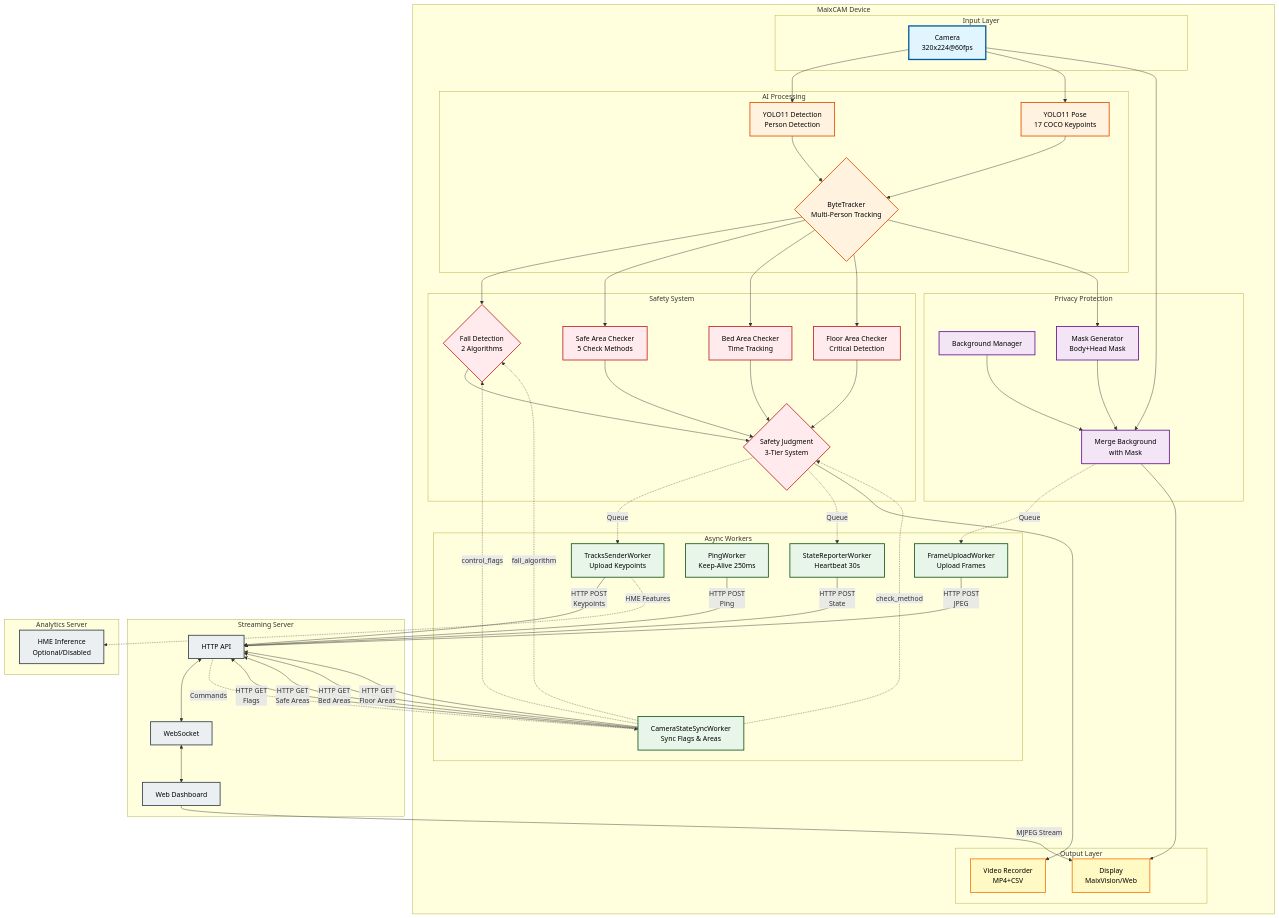
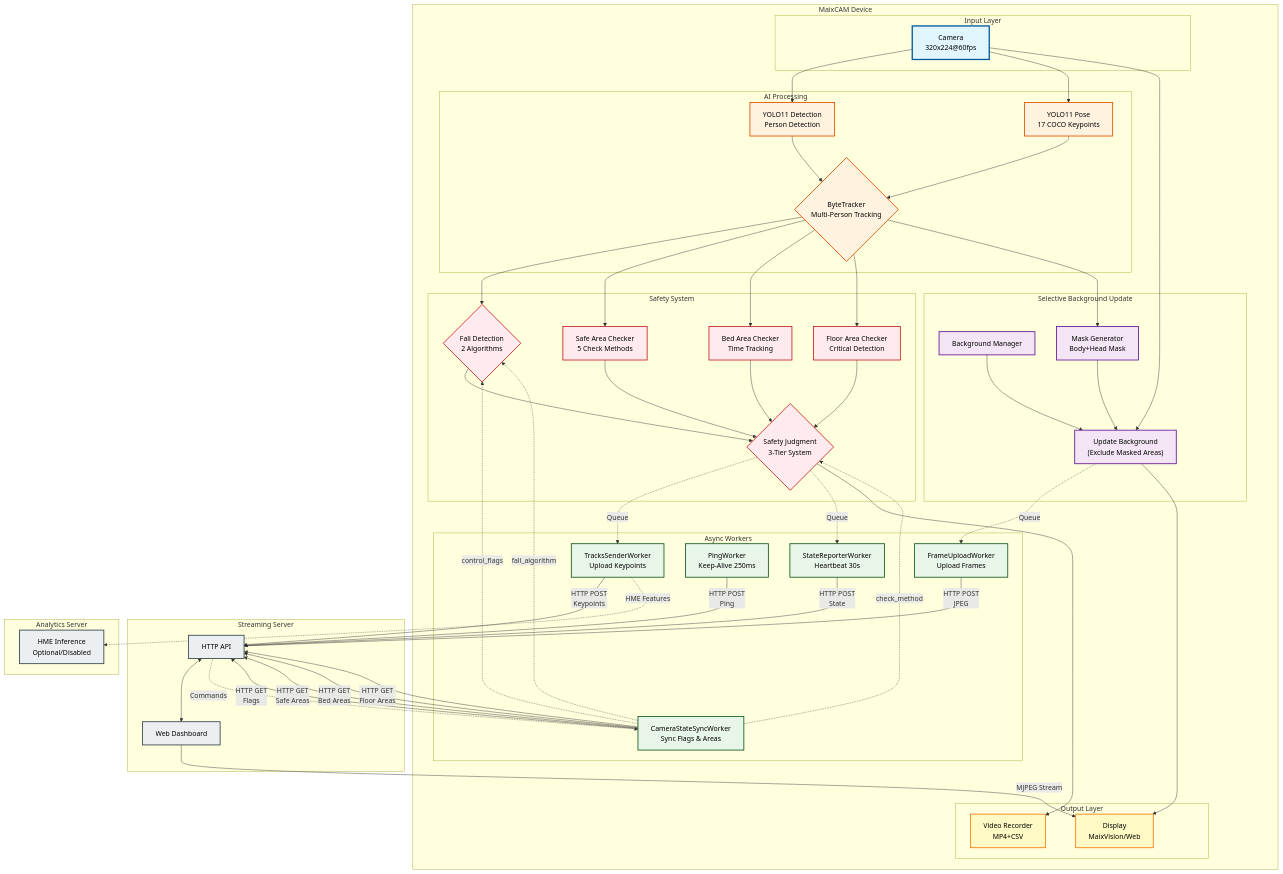
Before and after one commit to yudhisthereal/Private-Surveillence-MaixCAM: the first of 3 diagrams in README.md, drawn with Mermaid. The commit also changed other lines of this file, not shown here.

Commit message:
corrected graph

````diff
--- a/README.md
+++ b/README.md
@@ -136,10 +136,10 @@
             FloorArea --> SafetyJudge
         end
 
-        subgraph Privacy [Privacy Protection]
+        subgraph Privacy [Selective Background Update]
             BG[Background Manager]
             Mask["Mask Generator<br/>Body+Head Mask"]
-            Merge["Merge Background<br/>with Mask"]
+            Merge["Update Background<br/>(Exclude Masked Areas)"]
 
             Track --> Mask
             Cam --> Merge
@@ -173,11 +173,9 @@
 
     subgraph Streaming [Streaming Server]
         API[HTTP API]
-        WS[WebSocket]
         Dashboard[Web Dashboard]
 
-        API <--> WS
-        WS <--> Dashboard
+        API <--> Dashboard
     end
 
     subgraph Analytics [Analytics Server]
@@ -213,5 +211,5 @@
     class BG,Mask,Merge privacy
     class StateSync,StateReporter,FrameUpload,TrackSender,PingWorker workers
     class Record,Display output
-    class API,WS,Dashboard,HME server
+    class API,Dashboard,HME server
 ```
````
